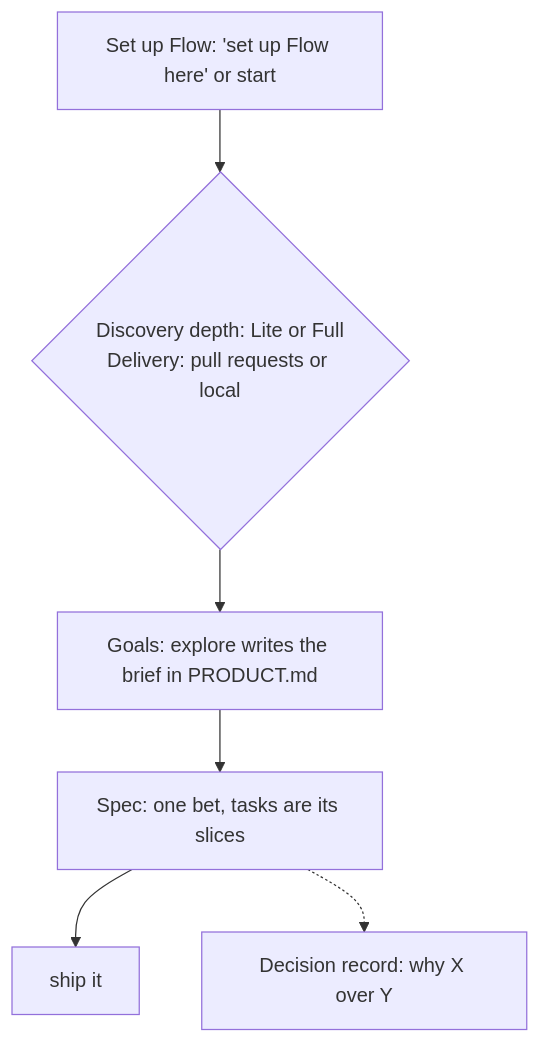
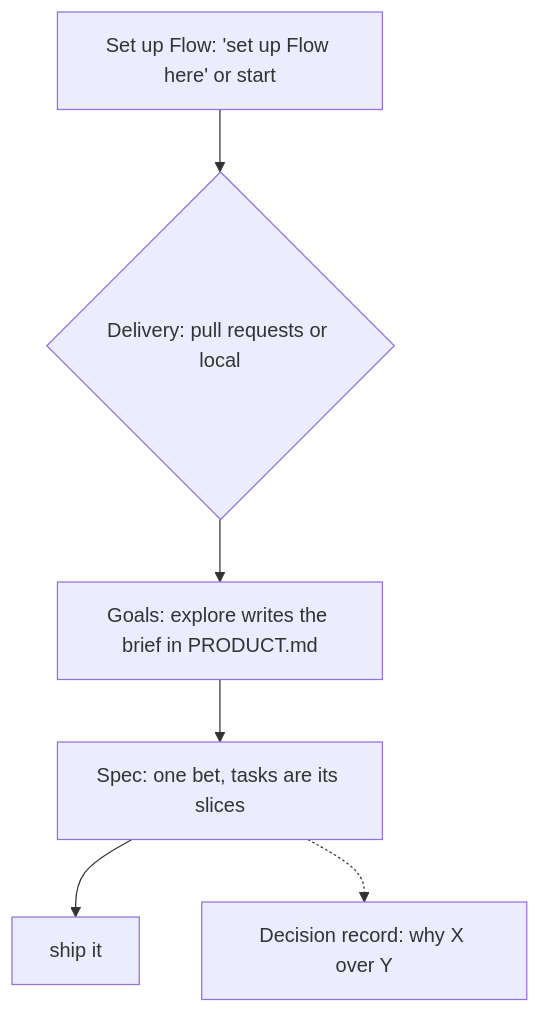
Before and after one commit to gaboesquivel/flow-skills: the first of 2 diagrams in README.md, drawn with Mermaid. The commit also changed other lines of this file and 44 other files, not shown here.

First line of the commit message:
feat: a clean run from start to ship (spec 021) (#119)

````diff
--- a/README.md
+++ b/README.md
@@ -17,11 +17,11 @@
 ```mermaid
 flowchart TB
   setup["Set up Flow: 'set up Flow here' or start"]
-  depth{"Discovery depth: Lite or Full<br/>Delivery: pull requests or local"}
+  delivery{"Delivery: pull requests or local"}
   goals["Goals: explore writes the brief in PRODUCT.md"]
   spec["Spec: one bet, tasks are its slices"]
   decision["Decision record: why X over Y"]
   ship["ship it"]
-  setup --> depth --> goals --> spec --> ship
+  setup --> delivery --> goals --> spec --> ship
   spec -.-> decision
 ```
````
